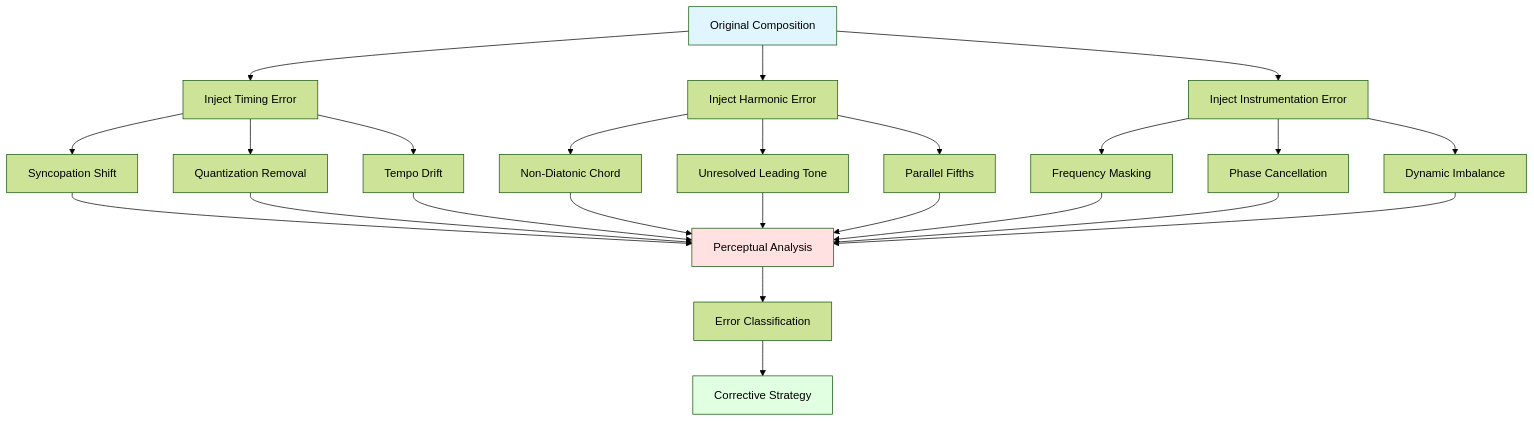
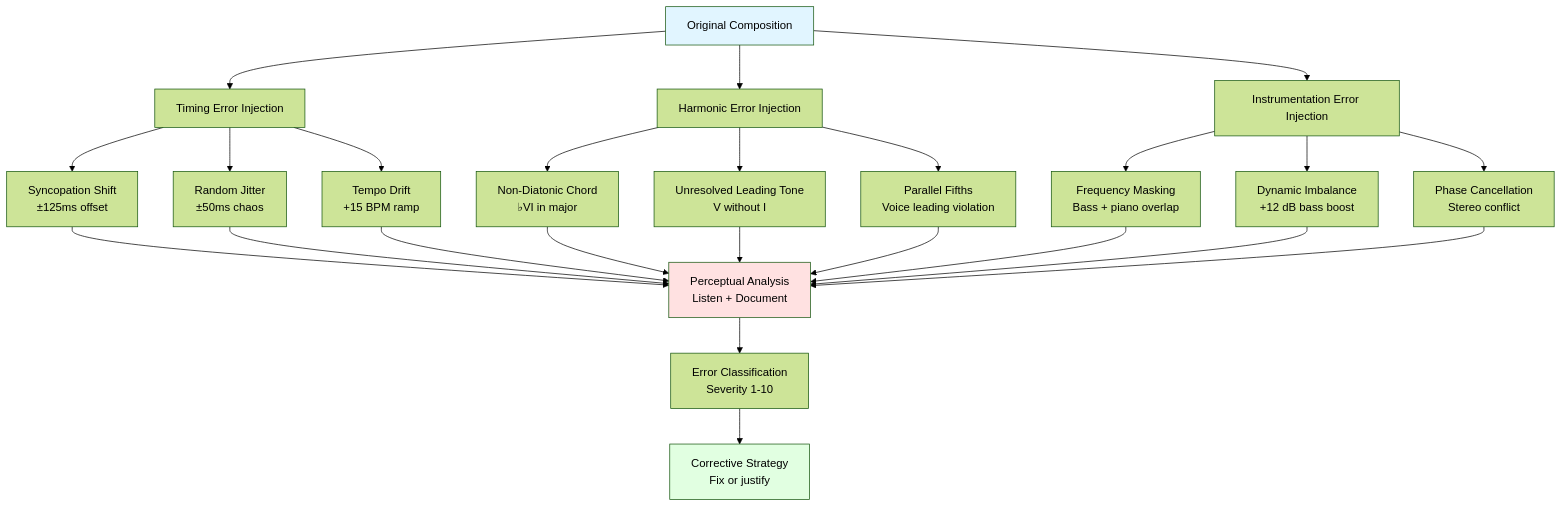
One commit to blebleblee/synapse changed the third of 4 diagrams in topics/arts/composition/songwriting/labs.md. Above: the diagram before and after it, drawn with Mermaid (forest theme). The commit also changed other lines of this file and 4 other files, not shown here.

````diff
--- a/topics/arts/composition/songwriting/labs.md
+++ b/topics/arts/composition/songwriting/labs.md
@@ -488,26 +620,26 @@
 ```mermaid
 graph TD
-    A["Original Composition"] --> B["Inject Timing Error"]
-    A --> C["Inject Harmonic Error"]
-    A --> D["Inject Instrumentation Error"]
+    A["Original Composition"] --> B["Timing Error Injection"]
+    A --> C["Harmonic Error Injection"]
+    A --> D["Instrumentation Error Injection"]
     
-    B --> E["Syncopation Shift"]
-    B --> F["Quantization Removal"]
-    B --> G["Tempo Drift"]
+    B --> E["Syncopation Shift<br/>±125ms offset"]
+    B --> F["Random Jitter<br/>±50ms chaos"]
+    B --> G["Tempo Drift<br/>+15 BPM ramp"]
     
-    C --> H["Non-Diatonic Chord"]
-    C --> I["Unresolved Leading Tone"]
-    C --> J["Parallel Fifths"]
+    C --> H["Non-Diatonic Chord<br/>♭VI in major"]
+    C --> I["Unresolved Leading Tone<br/>V without I"]
+    C --> J["Parallel Fifths<br/>Voice leading violation"]
     
-    D --> K["Frequency Masking"]
-    D --> L["Phase Cancellation"]
-    D --> M["Dynamic Imbalance"]
+    D --> K["Frequency Masking<br/>Bass + piano overlap"]
+    D --> L["Dynamic Imbalance<br/>+12 dB bass boost"]
+    D --> M["Phase Cancellation<br/>Stereo conflict"]
     
-    E & F & G & H & I & J & K & L & M --> N["Perceptual Analysis"]
-    N --> O["Error Classification"]
-    O --> P["Corrective Strategy"]
+    E & F & G & H & I & J & K & L & M --> N["Perceptual Analysis<br/>Listen + Document"]
+    N --> O["Error Classification<br/>Severity 1-10"]
+    O --> P["Corrective Strategy<br/>Fix or justify"]
     
     style A fill:#e1f5ff
     style N fill:#ffe1e1
     style P fill:#e1ffe1
 ```
````
